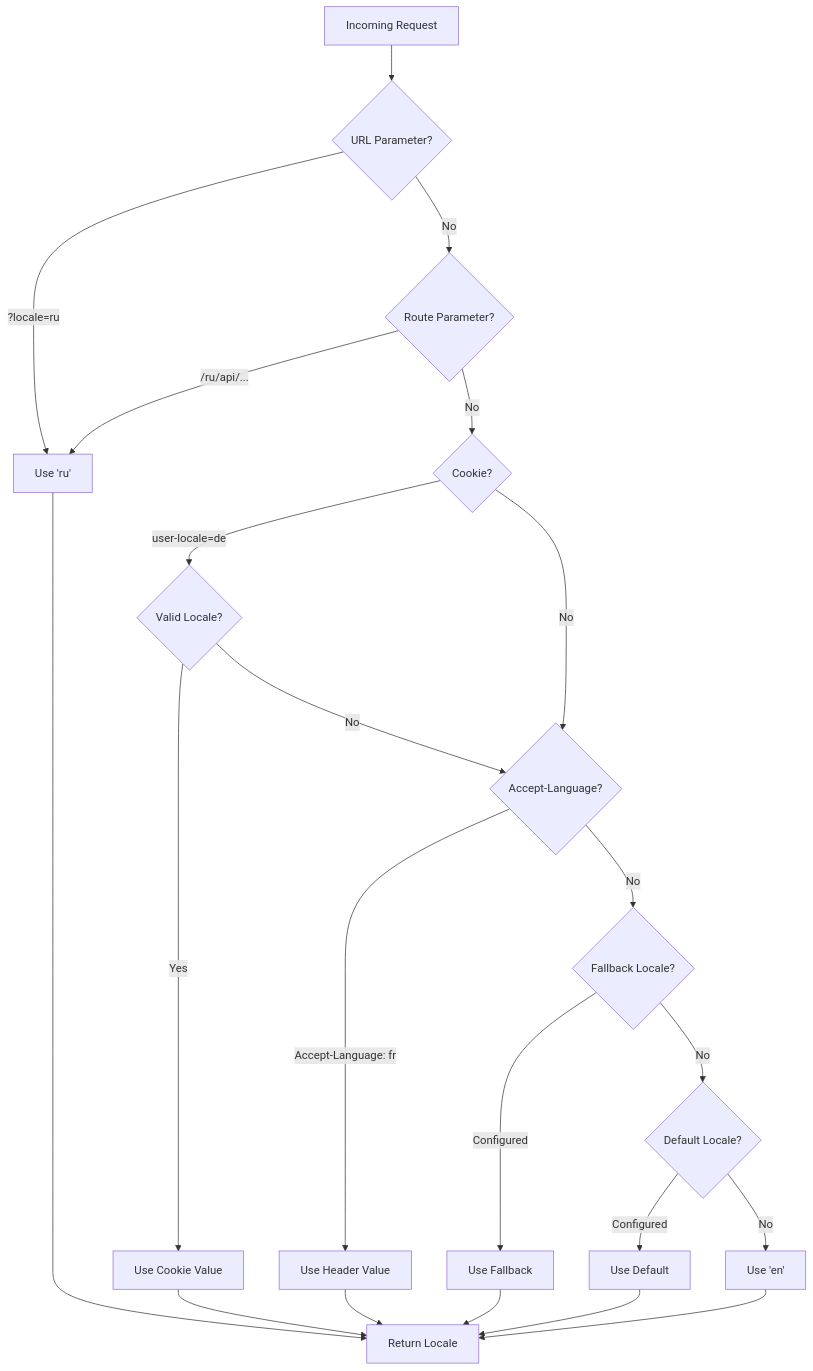
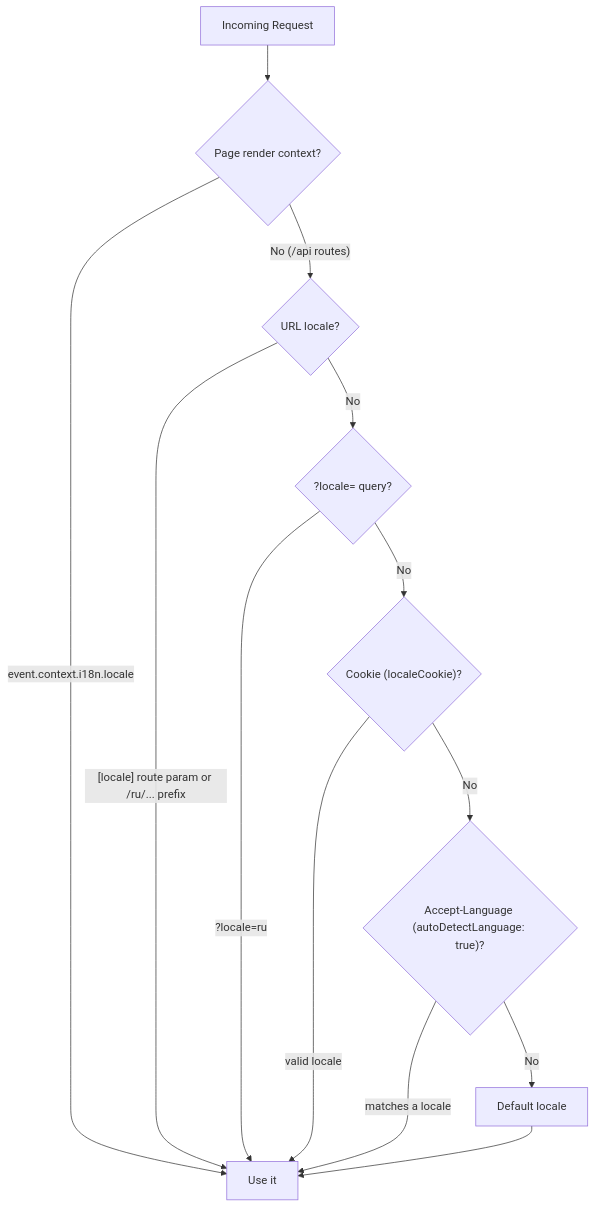
One commit to s00d/nuxt-i18n-micro changed the diagram in docs/guide/server-side-translations.md. Above: the diagram before and after it, drawn with Mermaid. The commit also changed other lines of this file and 17 other files, not shown here.

````diff
--- a/docs/guide/server-side-translations.md
+++ b/docs/guide/server-side-translations.md
@@ -157,25 +157,15 @@
 ```mermaid
 flowchart TB
-    A[Incoming Request] --> B{URL Parameter?}
-    B -->|"?locale=ru"| Z[Use 'ru']
-    B -->|No| C{Route Parameter?}
-    C -->|"/ru/api/..."| Z
-    C -->|No| D{Cookie?}
-    D -->|"user-locale=de"| Y{Valid Locale?}
-    Y -->|Yes| Z2[Use Cookie Value]
-    Y -->|No| E
-    D -->|No| E{Accept-Language?}
-    E -->|"Accept-Language: fr"| Z3[Use Header Value]
-    E -->|No| F{Fallback Locale?}
-    F -->|Configured| Z4[Use Fallback]
-    F -->|No| G{Default Locale?}
-    G -->|Configured| Z5[Use Default]
-    G -->|No| H["Use 'en'"]
-
-    Z --> I[Return Locale]
-    Z2 --> I
-    Z3 --> I
-    Z4 --> I
-    Z5 --> I
-    H --> I
+    A[Incoming Request] --> P{Page render context?}
+    P -->|"event.context.i18n.locale"| Z[Use it]
+    P -->|"No (/api routes)"| B{URL locale?}
+    B -->|"[locale] route param or /ru/... prefix"| Z
+    B -->|No| C{"?locale= query?"}
+    C -->|"?locale=ru"| Z
+    C -->|No| D{"Cookie (localeCookie)?"}
+    D -->|"valid locale"| Z
+    D -->|No| E{"Accept-Language (autoDetectLanguage: true)?"}
+    E -->|"matches a locale"| Z
+    E -->|No| G[Default locale]
+    G --> Z
 ```
````
